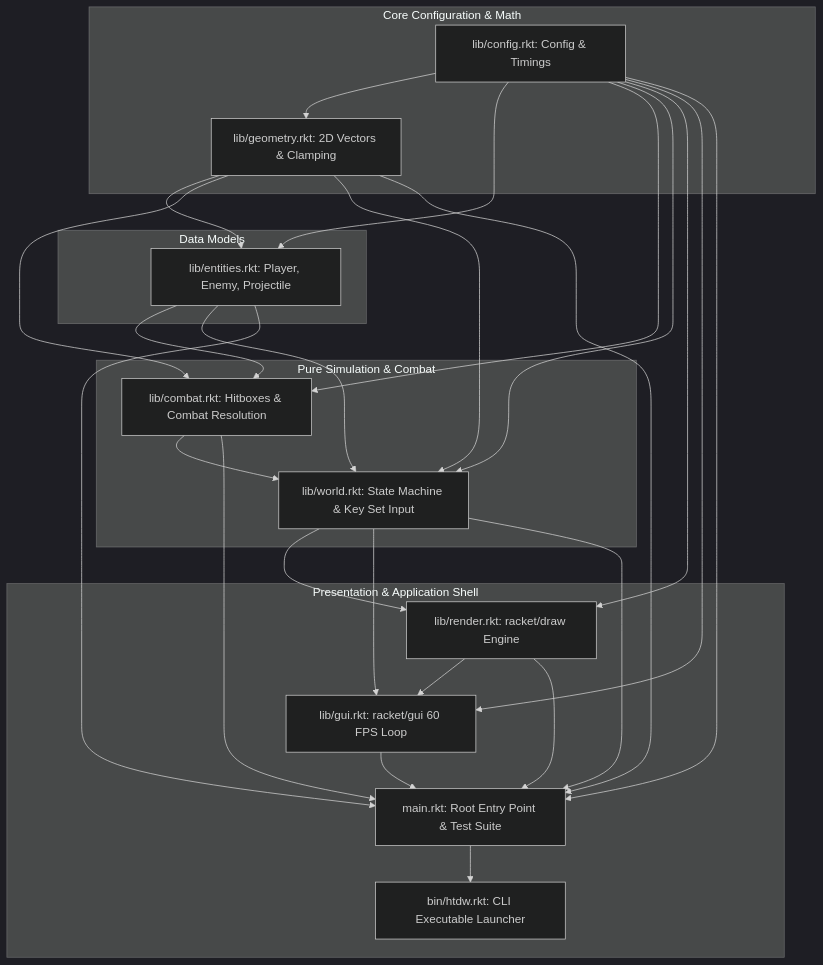
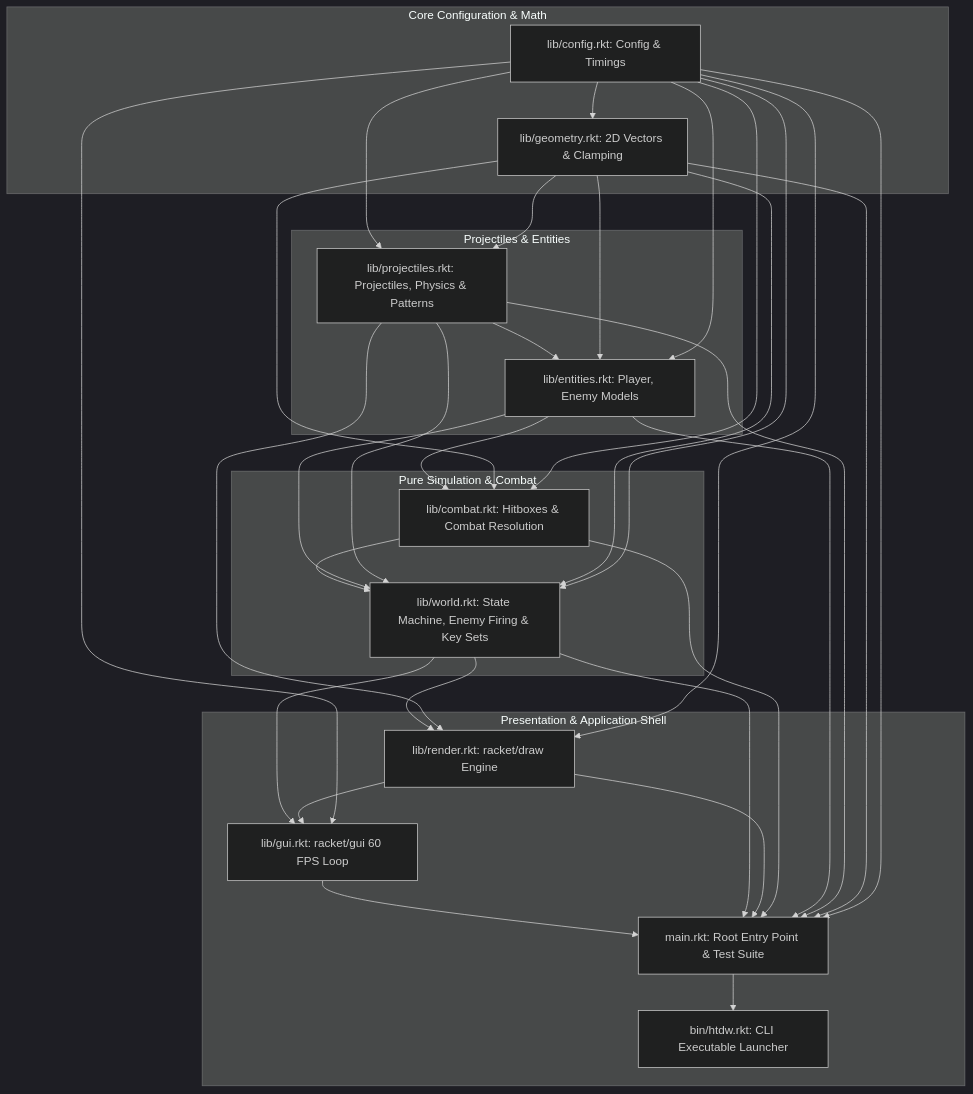
One commit to Wang-Ji20/Htdw changed the diagram in doc/DESIGN.md. Above: the diagram before and after it, drawn with Mermaid (dark theme). The commit also changed other lines of this file and 7 other files, not shown here.

````diff
--- a/doc/DESIGN.md
+++ b/doc/DESIGN.md
@@ -50,47 +51,54 @@
 ```mermaid
 graph TD
     subgraph Core Configuration & Math
         C["lib/config.rkt: Config & Timings"]
         G["lib/geometry.rkt: 2D Vectors & Clamping"]
     end
 
-    subgraph Data Models
-        E["lib/entities.rkt: Player, Enemy, Projectile"]
+    subgraph Projectiles & Entities
+        P["lib/projectiles.rkt: Projectiles, Physics & Patterns"]
+        E["lib/entities.rkt: Player, Enemy Models"]
     end
 
     subgraph Pure Simulation & Combat
         CB["lib/combat.rkt: Hitboxes & Combat Resolution"]
-        W["lib/world.rkt: State Machine & Key Set Input"]
+        W["lib/world.rkt: State Machine, Enemy Firing & Key Sets"]
     end
 
     subgraph Presentation & Application Shell
         R["lib/render.rkt: racket/draw Engine"]
         GUI["lib/gui.rkt: racket/gui 60 FPS Loop"]
         M["main.rkt: Root Entry Point & Test Suite"]
         B["bin/htdw.rkt: CLI Executable Launcher"]
     end
 
     C --> G
+    C --> P
+    G --> P
+    P --> E
+    G --> E
     C --> E
-    G --> E
     E --> CB
     G --> CB
     C --> CB
     CB --> W
     E --> W
+    P --> W
     G --> W
     C --> W
     W --> R
+    P --> R
     C --> R
     W --> GUI
     R --> GUI
     C --> GUI
     GUI --> M
     W --> M
     R --> M
     CB --> M
     E --> M
+    P --> M
     G --> M
     C --> M
     M --> B
 ```
````
